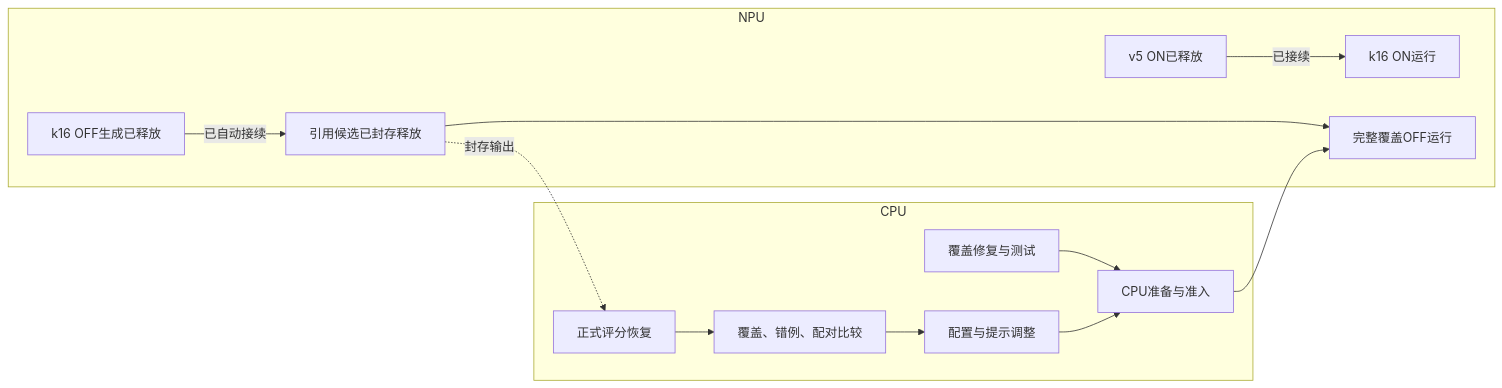
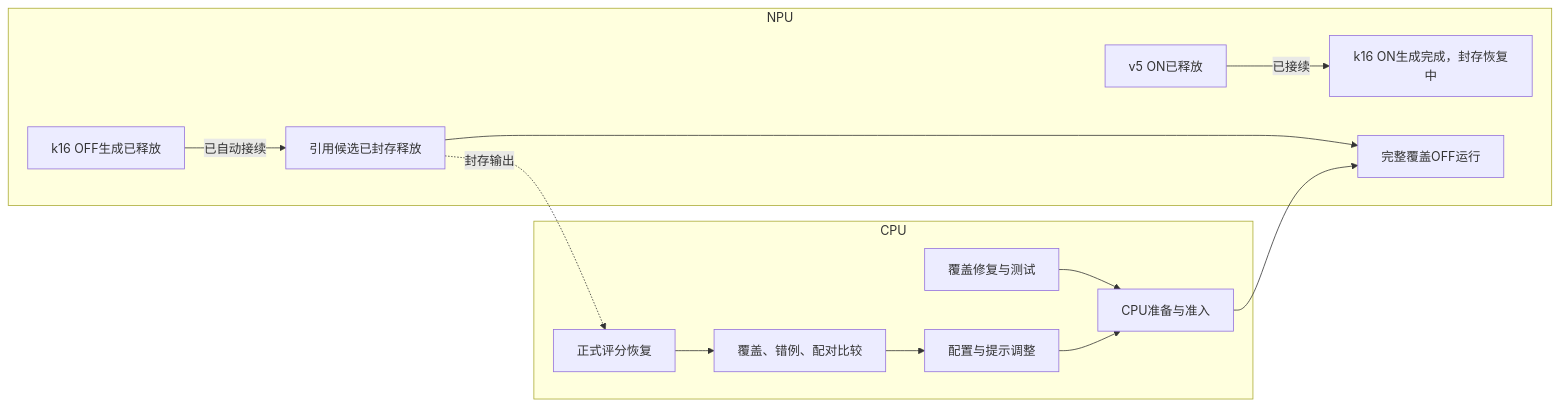
Before and after one commit to chaosxingxc-orion/omni: the diagram in wiki/TFRL-Execution-DAG.md, drawn with Mermaid. The commit also changed other lines of this file and 1 other file, not shown here.

````diff
--- a/wiki/TFRL-Execution-DAG.md
+++ b/wiki/TFRL-Execution-DAG.md
@@ -33,16 +33,16 @@
 ```mermaid
 flowchart LR
   subgraph CPU
     Fix[覆盖修复与测试] --> Prepare[CPU准备与准入]
     Score[正式评分恢复] --> Compare[覆盖、错例、配对比较]
     Compare --> Tune[配置与提示调整]
     Tune --> Prepare
   end
   subgraph NPU
     A[k16 OFF生成已释放] -->|已自动接续| Cover[引用候选已封存释放]
-    B[v5 ON已释放] -->|已接续| K[k16 ON运行]
+    B[v5 ON已释放] -->|已接续| K[k16 ON生成完成，封存恢复中]
     Cover --> Next[完整覆盖OFF运行]
   end
   Prepare --> Next
   Cover -.封存输出.-> Score
 ```
````
